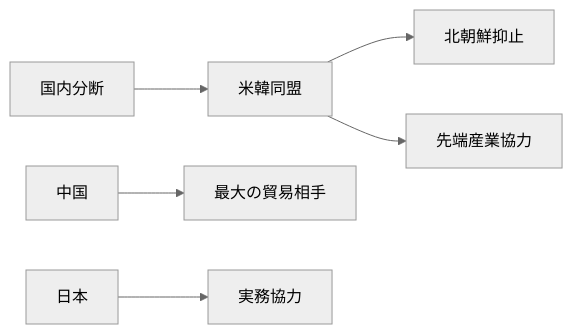
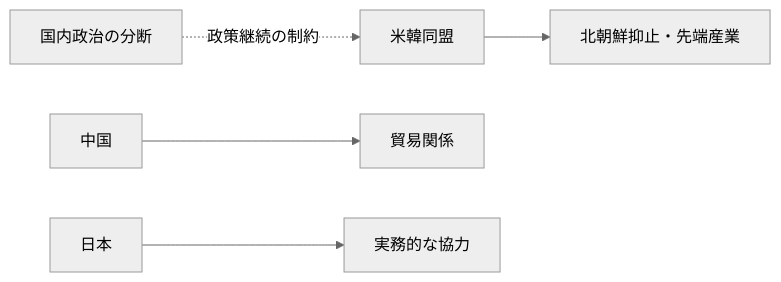
Before and after one commit to daylight55/research: the second of 2 diagrams in articles/report/south-korea-geopolitical-profile/ja/index.mdx, drawn with Mermaid (neutral theme). The commit also changed other lines of this file and 181 other files, not shown here.

First line of the commit message:
全記事の図解368点を再生成し、共通注意書きを削除 (#402)

````diff
--- a/articles/report/south-korea-geopolitical-profile/ja/index.mdx
+++ b/articles/report/south-korea-geopolitical-profile/ja/index.mdx
@@ -72,8 +75,16 @@
 ```mermaid
 flowchart LR
-  A["米韓同盟"] --> B["北朝鮮抑止"]
-  A --> C["先端産業協力"]
-  D["中国"] --> E["最大の貿易相手"]
-  F["日本"] --> G["実務協力"]
-  H["国内分断"] --> A
+  accTitle: 韓国の対米同盟・対中経済・対日協力
+  accDescr: 対北朝鮮抑止、先端産業、中国市場、日本との協力には異なる利益があり、国内政治も政策継続に関わる。
+  N0["米韓同盟"]
+  N1["北朝鮮抑止・先端産業"]
+  N2["中国"]
+  N3["貿易関係"]
+  N4["日本"]
+  N5["実務的な協力"]
+  N6["国内政治の分断"]
+  N0 --> N1
+  N2 --> N3
+  N4 --> N5
+  N6 -.->|政策継続の制約| N0
 ```
````
